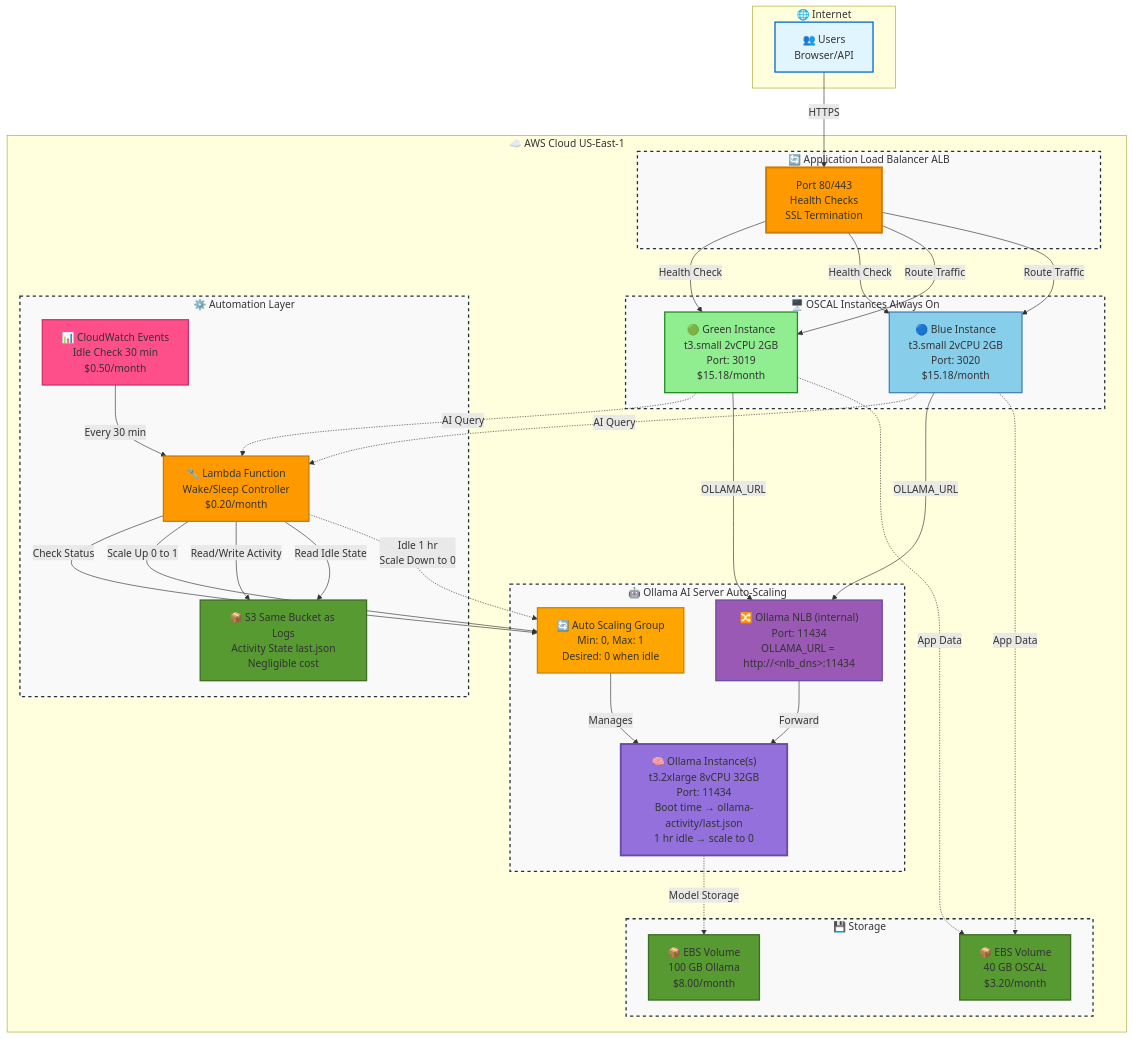
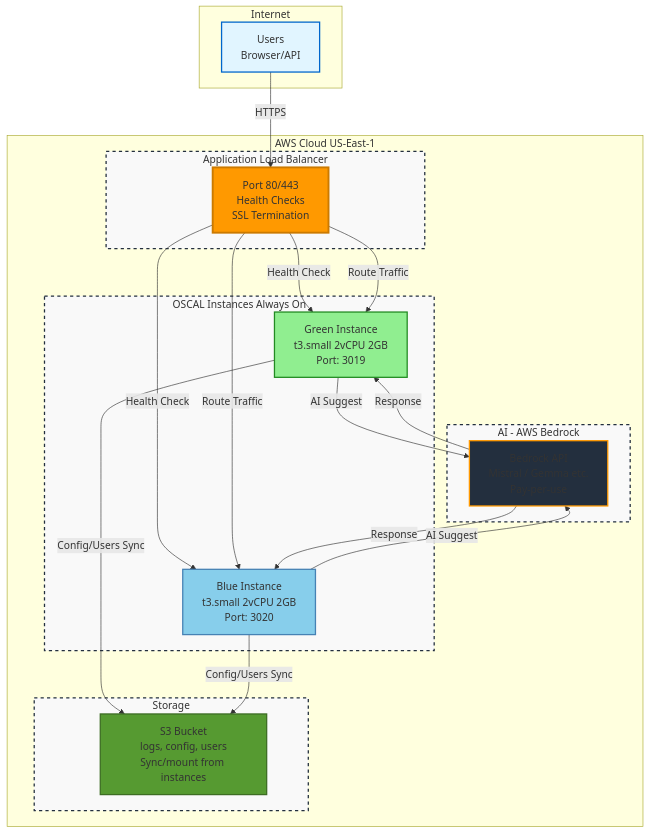
Before and after one commit to adobe/OSCAL-Reports: the diagram in docs/diagrams/aws-auto-scaling-architecture.mmd, drawn with Mermaid. The commit also changed 72 other files, not shown here.

First line of the commit message:
chore: Bedrock-only architecture, remove Ollama, update diagrams and Terraform

```diff
--- a/docs/diagrams/aws-auto-scaling-architecture.mmd
+++ b/docs/diagrams/aws-auto-scaling-architecture.mmd
@@ -1,76 +1,47 @@
 flowchart TB
-    subgraph Internet["🌐 Internet"]
-        Users["👥 Users<br/>Browser/API"]
+    subgraph Internet["Internet"]
+        Users["Users<br/>Browser/API"]
     end
-    
-    subgraph AWS["☁️ AWS Cloud US-East-1"]
-        subgraph LoadBalancer["🔄 Application Load Balancer ALB"]
+
+    subgraph AWS["AWS Cloud US-East-1"]
+        subgraph LoadBalancer["Application Load Balancer"]
             ALB["Port 80/443<br/>Health Checks<br/>SSL Termination"]
         end
-        
-        subgraph OSCAL["🖥️ OSCAL Instances Always On"]
-            Green["🟢 Green Instance<br/>t3.small 2vCPU 2GB<br/>Port: 3019<br/>$15.18/month"]
-            Blue["🔵 Blue Instance<br/>t3.small 2vCPU 2GB<br/>Port: 3020<br/>$15.18/month"]
+
+        subgraph OSCAL["OSCAL Instances Always On"]
+            Green["Green Instance<br/>t3.small 2vCPU 2GB<br/>Port: 3019"]
+            Blue["Blue Instance<br/>t3.small 2vCPU 2GB<br/>Port: 3020"]
         end
-        
-        subgraph Automation["⚙️ Automation Layer"]
-            Lambda["🔧 Lambda Function<br/>Wake/Sleep Controller<br/>$0.20/month"]
-            CW["📊 CloudWatch Events<br/>Idle Check 30 min<br/>$0.50/month"]
-            S3Activity["📦 S3 Same Bucket as Logs<br/>Activity State last.json<br/>Negligible cost"]
+
+        subgraph Storage["Storage"]
+            S3["S3 Bucket<br/>logs, config, users<br/>Sync/mount from instances"]
         end
-        
-        subgraph AI["🤖 Ollama AI Server Auto-Scaling"]
-            NLB["🔀 Ollama NLB (internal)<br/>Port: 11434<br/>OLLAMA_URL = http://&lt;nlb_dns&gt;:11434"]
-            ASG["🔄 Auto Scaling Group<br/>Min: 0, Max: 1<br/>Desired: 0 when idle"]
-            Ollama["🧠 Ollama Instance(s)<br/>t3.2xlarge 8vCPU 32GB<br/>Port: 11434<br/>Boot time → ollama-activity/last.json<br/>1 hr idle → scale to 0"]
-        end
-        
-        subgraph Storage["💾 Storage"]
-            EBS1["📦 EBS Volume<br/>40 GB OSCAL<br/>$3.20/month"]
-            EBS2["📦 EBS Volume<br/>100 GB Ollama<br/>$8.00/month"]
+
+        subgraph AI["AI - AWS Bedrock"]
+            Bedrock["Bedrock API<br/>Mistral / Gemma etc.<br/>Pay-per-use"]
         end
     end
-    
+
     Users -->|HTTPS| ALB
     ALB -->|Health Check| Green
     ALB -->|Health Check| Blue
     ALB -->|Route Traffic| Green
     ALB -->|Route Traffic| Blue
-    
-    Green -.->|AI Query| Lambda
-    Blue -.->|AI Query| Lambda
-    
-    Lambda -->|Check Status| ASG
-    Lambda -->|Scale Up 0 to 1| ASG
-    Lambda -->|Read/Write Activity| S3Activity
-    
-    CW -->|Every 30 min| Lambda
-    Lambda -->|Read Idle State| S3Activity
-    
-    Lambda -.->|Idle 1 hr<br/>Scale Down to 0| ASG
-    
-    ASG -->|Manages| Ollama
-    NLB -->|Forward| Ollama
-    
-    Green -->|OLLAMA_URL| NLB
-    Blue -->|OLLAMA_URL| NLB
-    
-    Ollama -.->|Model Storage| EBS2
-    Green -.->|App Data| EBS1
-    Blue -.->|App Data| EBS1
-    
+
+    Green -->|Config/Users Sync| S3
+    Blue -->|Config/Users Sync| S3
+
+    Green -->|AI Suggest| Bedrock
+    Blue -->|AI Suggest| Bedrock
+    Bedrock -->|Response| Green
+    Bedrock -->|Response| Blue
+
     style Users fill:#e1f5ff,stroke:#0066cc,stroke-width:2px
     style ALB fill:#ff9900,stroke:#cc7a00,stroke-width:3px
     style Green fill:#90EE90,stroke:#228B22,stroke-width:2px
     style Blue fill:#87CEEB,stroke:#4682B4,stroke-width:2px
-    style Lambda fill:#FF9900,stroke:#cc7a00,stroke-width:2px
-    style CW fill:#FF4F8B,stroke:#cc3366,stroke-width:2px
-    style S3Activity fill:#569A31,stroke:#3d6d23,stroke-width:2px
-    style ASG fill:#FFA500,stroke:#cc8400,stroke-width:2px
-    style NLB fill:#9b59b6,stroke:#6a4ca6,stroke-width:2px
-    style Ollama fill:#9370DB,stroke:#6a4ca6,stroke-width:3px
-    style EBS1 fill:#569A31,stroke:#3d6d23,stroke-width:2px
-    style EBS2 fill:#569A31,stroke:#3d6d23,stroke-width:2px
-    
+    style S3 fill:#569A31,stroke:#3d6d23,stroke-width:2px
+    style Bedrock fill:#232F3E,stroke:#ff9900,stroke-width:2px
+
     classDef awsGroup fill:#f9f9f9,stroke:#232F3E,stroke-width:2px,stroke-dasharray: 5 5
-    class LoadBalancer,OSCAL,Automation,AI,Storage awsGroup
+    class LoadBalancer,OSCAL,Storage,AI awsGroup
```
